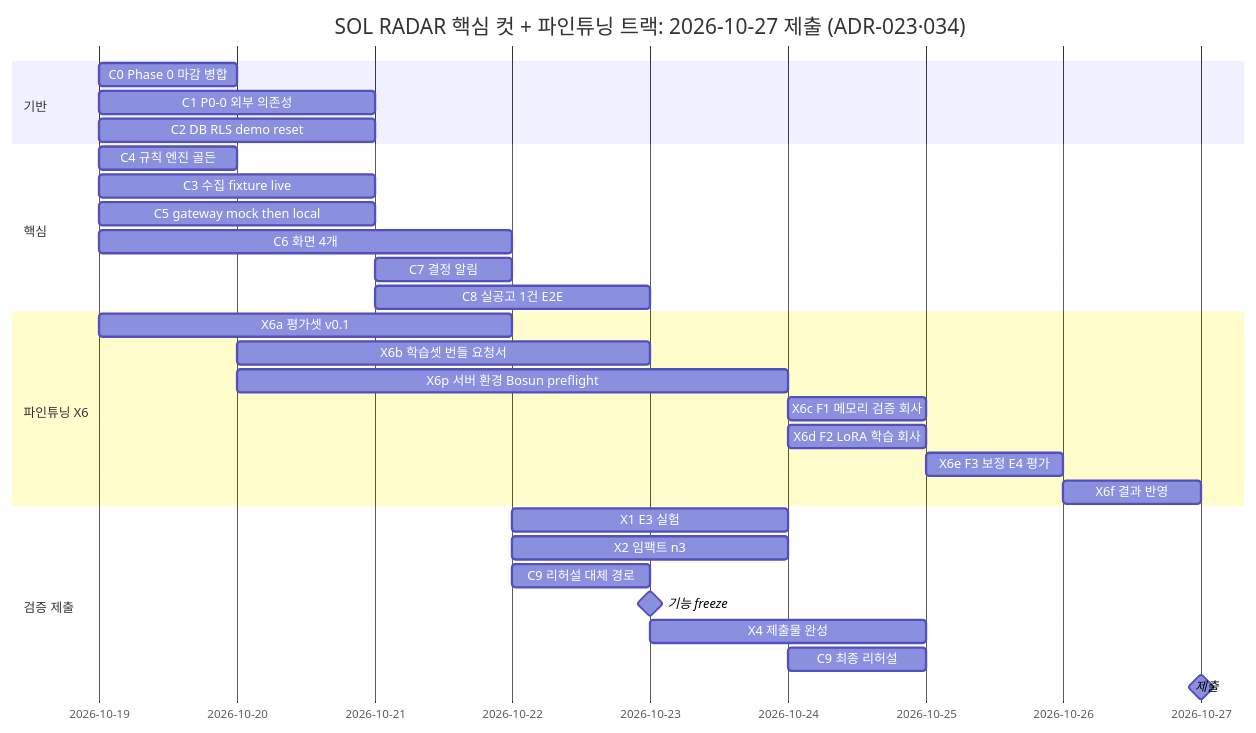
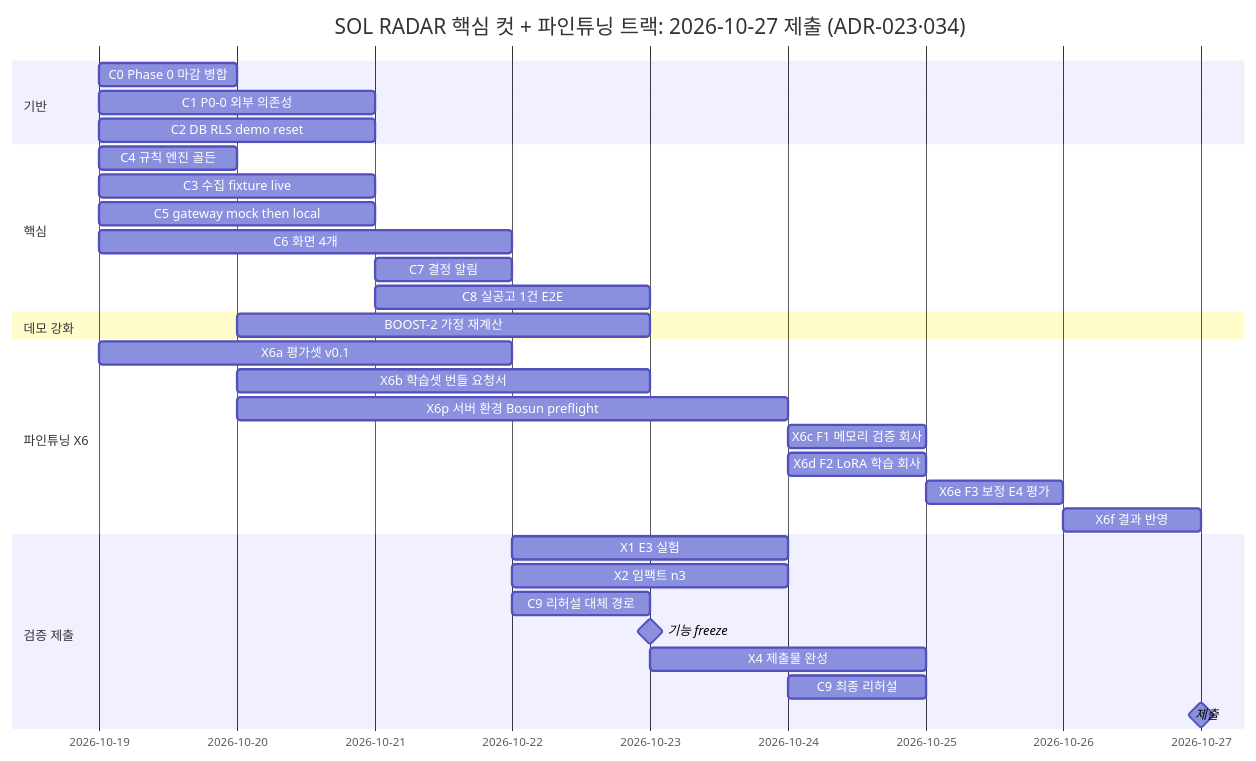
One commit to solideoai/sol-radar changed the diagram in docs/12-ROADMAP.md. Above: the diagram before and after it, drawn with Mermaid. The commit also changed other lines of this file and 9 other files, not shown here.

````diff
--- a/docs/12-ROADMAP.md
+++ b/docs/12-ROADMAP.md
@@ -123,32 +127,34 @@
 ```mermaid
 gantt
  title SOL RADAR 핵심 컷 + 파인튜닝 트랙: 2026-10-27 제출 (ADR-023·034)
  dateFormat YYYY-MM-DD
  section 기반
  C0 Phase 0 마감 병합 :c0, 2026-10-19, 1d
  C1 P0-0 외부 의존성 :c1, 2026-10-19, 2d
  C2 DB RLS demo reset :c2, 2026-10-19, 2d
  section 핵심
  C4 규칙 엔진 골든 :c4, 2026-10-19, 1d
  C3 수집 fixture live :c3, 2026-10-19, 2d
  C5 gateway mock then local :c5, 2026-10-19, 2d
  C6 화면 4개 :c6, 2026-10-19, 3d
  C7 결정 알림 :c7, 2026-10-21, 1d
  C8 실공고 1건 E2E :c8, 2026-10-21, 2d
+ section 데모 강화
+ BOOST-2 가정 재계산 :b2, 2026-10-20, 3d
  section 파인튜닝 X6
  X6a 평가셋 v0.1 :x6a, 2026-10-19, 3d
  X6b 학습셋 번들 요청서 :x6b, 2026-10-20, 3d
  X6p 서버 환경 Bosun preflight :x6p, 2026-10-20, 4d
  X6c F1 메모리 검증 회사 :x6c, 2026-10-24, 1d
  X6d F2 LoRA 학습 회사 :x6d, 2026-10-24, 1d
  X6e F3 보정 E4 평가 :x6e, 2026-10-25, 1d
  X6f 결과 반영 :x6f, 2026-10-26, 1d
  section 검증 제출
  X1 E3 실험 :x1, 2026-10-22, 2d
  X2 임팩트 n3 :x2, 2026-10-22, 2d
  C9 리허설 대체 경로 :c9, 2026-10-22, 1d
  기능 freeze :milestone, mf, 2026-10-23, 0d
  X4 제출물 완성 :x4, 2026-10-23, 2d
  C9 최종 리허설 :c9b, 2026-10-24, 1d
  제출 :milestone, ms, 2026-10-27, 0d
 ```
````
